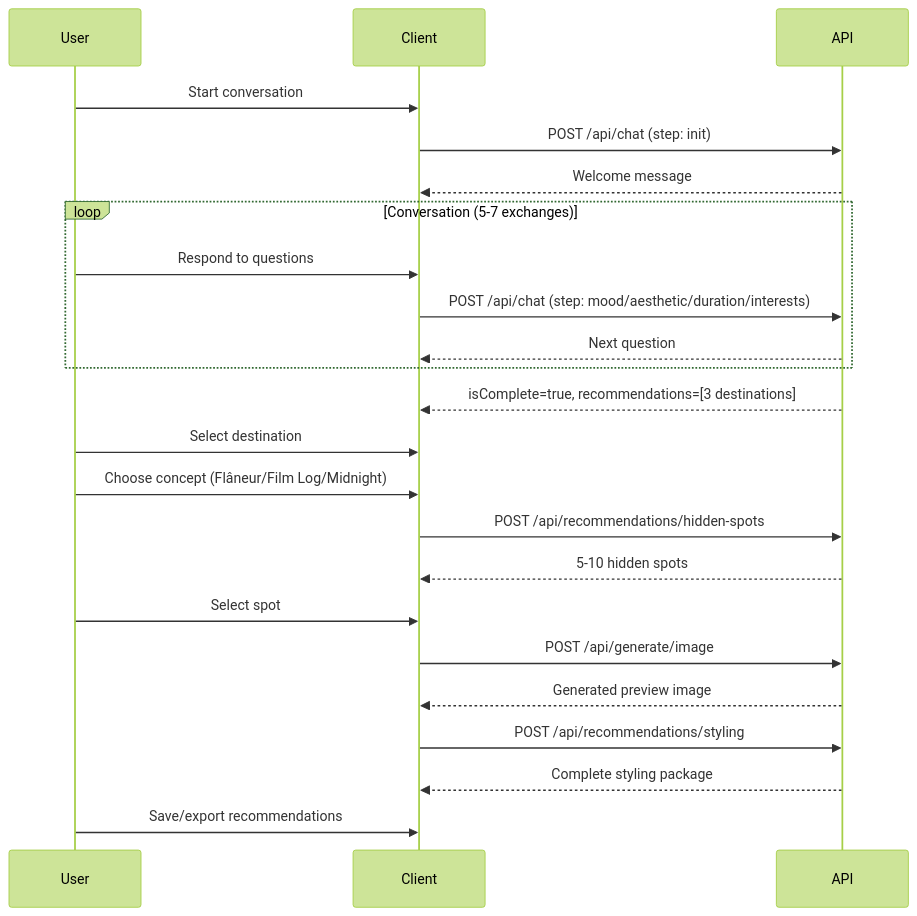
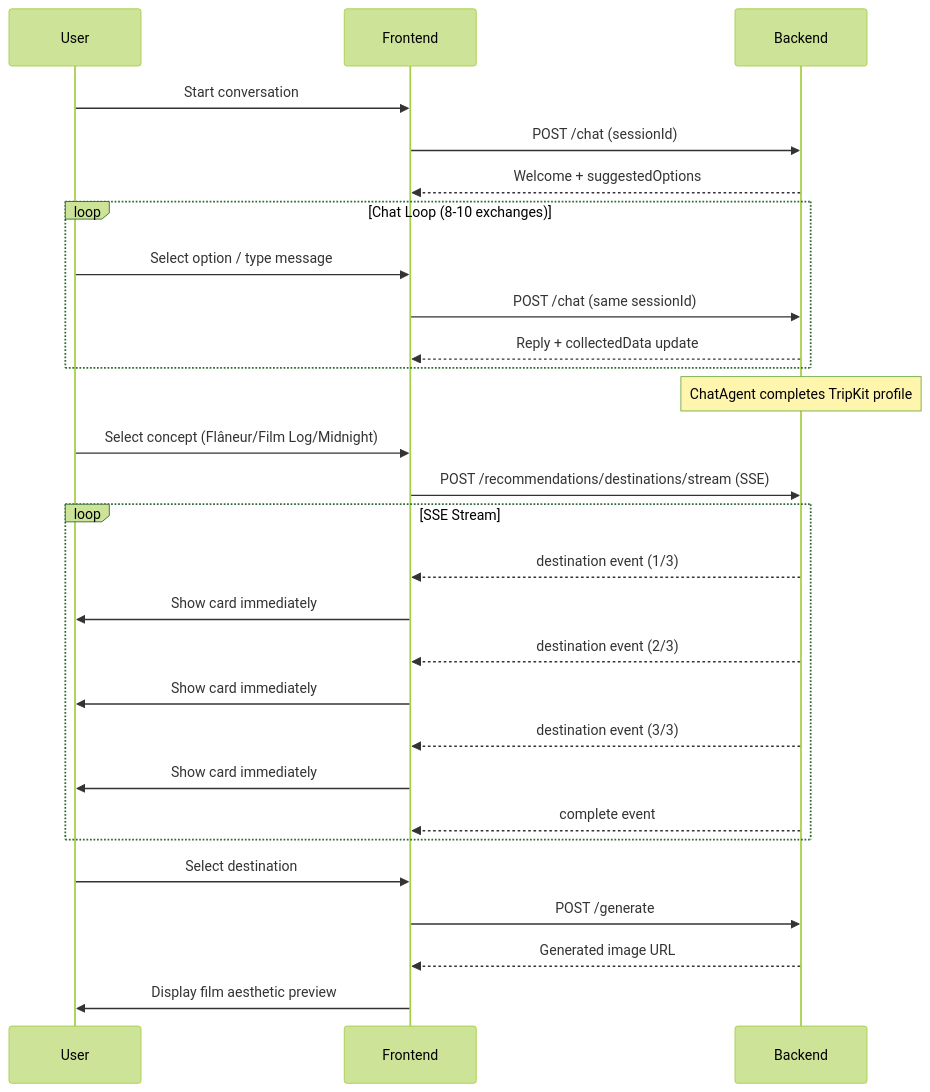
The diagram in docs/API_Documentation.md (gyungsubLee/ai-camp-3rd-chatbot-pjt-mint_loop), drawn with Mermaid (forest theme) before and after one commit. The commit also changed other lines of this file and 8 other files, not shown here.

First line of the commit message:
docs: update root README.md with TripKit project documentation

````diff
--- a/docs/API_Documentation.md
+++ b/docs/API_Documentation.md
@@ -980,34 +535,36 @@
 ```mermaid
 sequenceDiagram
     participant U as User
-    participant C as Client
-    participant A as API
+    participant F as Frontend
+    participant B as Backend
 
-    U->>C: Start conversation
-    C->>A: POST /api/chat (step: init)
-    A-->>C: Welcome message
+    U->>F: Start conversation
+    F->>B: POST /chat (sessionId)
+    B-->>F: Welcome + suggestedOptions
 
-    loop Conversation (5-7 exchanges)
-        U->>C: Respond to questions
-        C->>A: POST /api/chat (step: mood/aesthetic/duration/interests)
-        A-->>C: Next question
+    loop Chat Loop (8-10 exchanges)
+        U->>F: Select option / type message
+        F->>B: POST /chat (same sessionId)
+        B-->>F: Reply + collectedData update
     end
 
-    A-->>C: isComplete=true, recommendations=[3 destinations]
+    Note over B: ChatAgent completes TripKit profile
 
-    U->>C: Select destination
-    U->>C: Choose concept (Flâneur/Film Log/Midnight)
+    U->>F: Select concept (Flâneur/Film Log/Midnight)
+    F->>B: POST /recommendations/destinations/stream (SSE)
 
-    C->>A: POST /api/recommendations/hidden-spots
-    A-->>C: 5-10 hidden spots
+    loop SSE Stream
+        B-->>F: destination event (1/3)
+        F->>U: Show card immediately
+        B-->>F: destination event (2/3)
+        F->>U: Show card immediately
+        B-->>F: destination event (3/3)
+        F->>U: Show card immediately
+        B-->>F: complete event
+    end
 
-    U->>C: Select spot
-
-    C->>A: POST /api/generate/image
-    A-->>C: Generated preview image
-
-    C->>A: POST /api/recommendations/styling
-    A-->>C: Complete styling package
-
-    U->>C: Save/export recommendations
+    U->>F: Select destination
+    F->>B: POST /generate
+    B-->>F: Generated image URL
+    F->>U: Display film aesthetic preview
 ```
````
